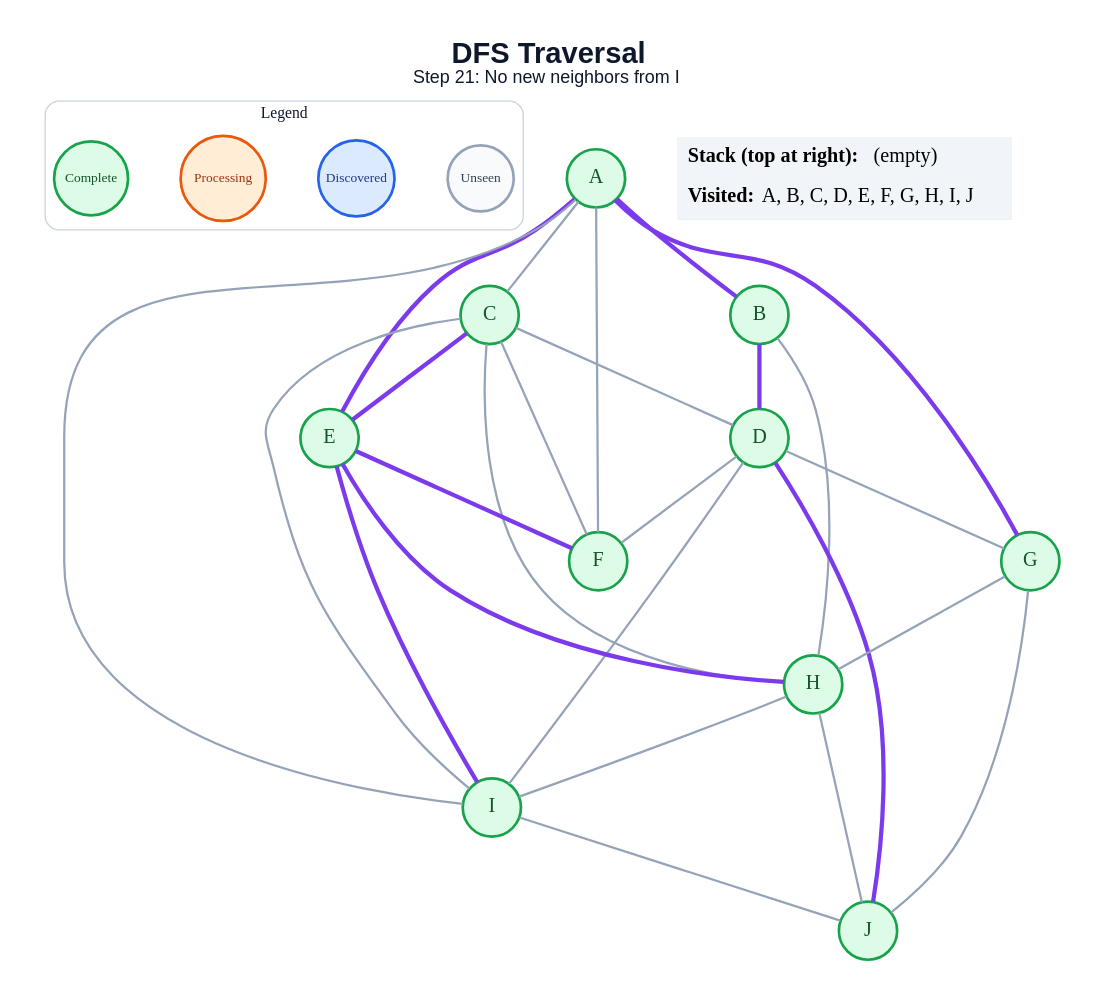
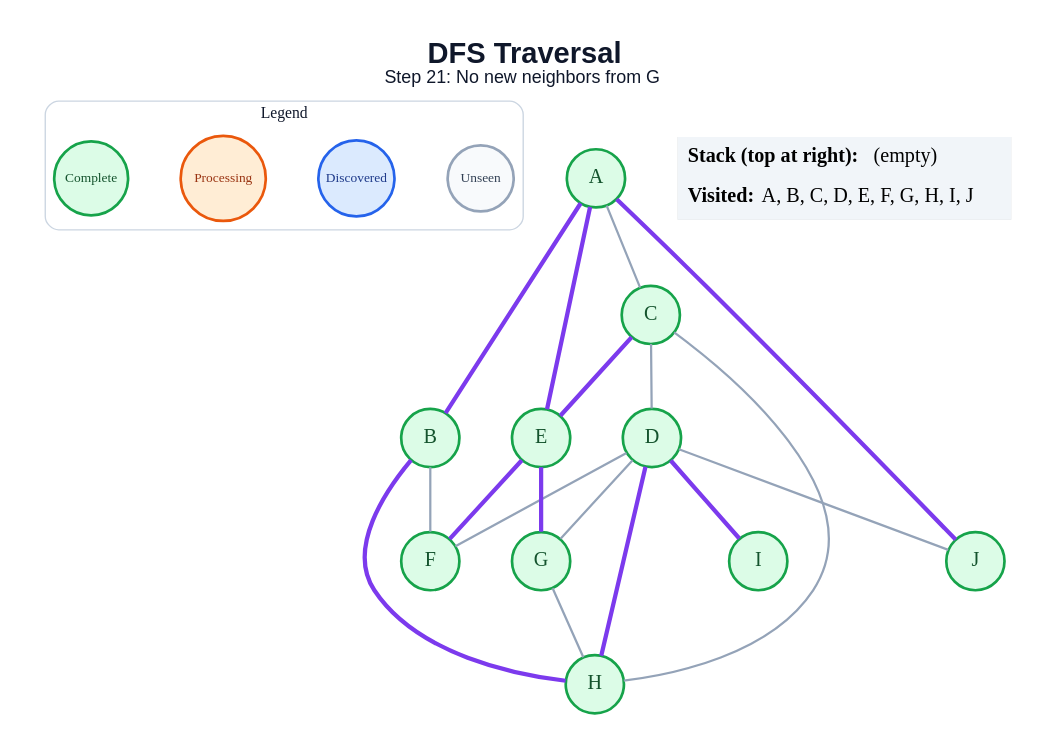
Before and after one commit to anon7238593-create/ai-slop: the diagram in generated/specific-node/dfs/step_21.dot, drawn with Graphviz. The commit also changed 171 other files, not shown here.

```diff
--- a/generated/specific-node/dfs/step_21.dot
+++ b/generated/specific-node/dfs/step_21.dot
@@ -1,54 +1,46 @@
 graph traversal {
   graph [layout=dot, rankdir=TB, bgcolor="#FFFFFF", pad="0.35", nodesep="0.65", ranksep="0.8", fontname="Arial"];
   node [shape=circle, style="filled", fontname="Arial Bold", fontsize=18, width=0.72, fixedsize=true, penwidth=2.4];
   edge [color="#94A3B8", penwidth=2.0];
-  label=<<B>DFS Traversal</B><BR/><FONT POINT-SIZE="16">Step 21: No new neighbors from I</FONT>>; labelloc="t"; fontsize=26; fontname="Arial"; fontcolor="#0F172A";
+  label=<<B>DFS Traversal</B><BR/><FONT POINT-SIZE="16">Step 21: No new neighbors from G</FONT>>; labelloc="t"; fontsize=26; fontname="Arial"; fontcolor="#0F172A";
   subgraph cluster_legend { label="Legend"; color="#CBD5E1"; penwidth=1.2; style="rounded"; fontsize=14; fontname="Arial Bold";
     key_unseen [label="Unseen", fillcolor="#F8FAFC", color="#94A3B8", fontcolor="#334155", fontsize=12, width=0.82];
     key_frontier [label="Discovered", fillcolor="#DBEAFE", color="#2563EB", fontcolor="#1E3A8A", fontsize=12, width=0.95];
     key_current [label="Processing", fillcolor="#FFEDD5", color="#EA580C", fontcolor="#9A3412", fontsize=12, width=1.05];
     key_done [label="Complete", fillcolor="#DCFCE7", color="#16A34A", fontcolor="#14532D", fontsize=12, width=0.92];
     { rank=same; key_unseen; key_frontier; key_current; key_done; }
   }
   A [fillcolor="#DCFCE7", color="#16A34A", fontcolor="#14532D"];
   B [fillcolor="#DCFCE7", color="#16A34A", fontcolor="#14532D"];
   C [fillcolor="#DCFCE7", color="#16A34A", fontcolor="#14532D"];
   D [fillcolor="#DCFCE7", color="#16A34A", fontcolor="#14532D"];
   E [fillcolor="#DCFCE7", color="#16A34A", fontcolor="#14532D"];
   F [fillcolor="#DCFCE7", color="#16A34A", fontcolor="#14532D"];
   G [fillcolor="#DCFCE7", color="#16A34A", fontcolor="#14532D"];
   H [fillcolor="#DCFCE7", color="#16A34A", fontcolor="#14532D"];
   I [fillcolor="#DCFCE7", color="#16A34A", fontcolor="#14532D"];
   J [fillcolor="#DCFCE7", color="#16A34A", fontcolor="#14532D"];
   A -- B [color="#7C3AED", penwidth=3.8];
   A -- C;
   A -- E [color="#7C3AED", penwidth=3.8];
-  A -- F;
-  A -- G [color="#7C3AED", penwidth=3.8];
-  A -- I;
-  B -- D [color="#7C3AED", penwidth=3.8];
-  B -- H;
+  A -- J [color="#7C3AED", penwidth=3.8];
+  B -- F;
+  B -- H [color="#7C3AED", penwidth=3.8];
   C -- D;
   C -- E [color="#7C3AED", penwidth=3.8];
-  C -- F;
   C -- H;
-  C -- I;
   D -- F;
   D -- G;
-  D -- I;
-  D -- J [color="#7C3AED", penwidth=3.8];
+  D -- H [color="#7C3AED", penwidth=3.8];
+  D -- I [color="#7C3AED", penwidth=3.8];
+  D -- J;
   E -- F [color="#7C3AED", penwidth=3.8];
-  E -- H [color="#7C3AED", penwidth=3.8];
-  E -- I [color="#7C3AED", penwidth=3.8];
+  E -- G [color="#7C3AED", penwidth=3.8];
   G -- H;
-  G -- J;
-  H -- I;
-  H -- J;
-  I -- J;
   status [shape=plain, fixedsize=false, width=0, height=0, margin=0, label=<
     <TABLE BORDER="0" CELLBORDER="0" CELLPADDING="7" BGCOLOR="#F1F5F9">
       <TR><TD ALIGN="LEFT"><B>Stack (top at right):</B> (empty)</TD></TR>
       <TR><TD ALIGN="LEFT"><B>Visited:</B> A, B, C, D, E, F, G, H, I, J</TD></TR>
     </TABLE>
   >];
 }
```
